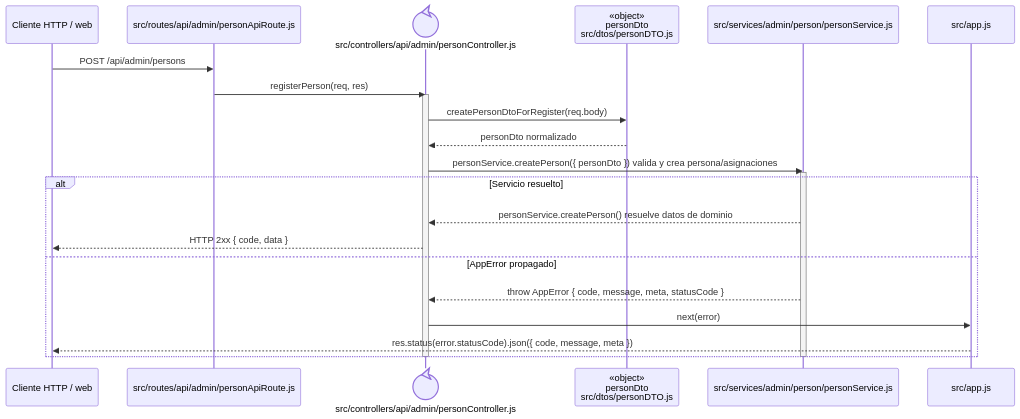
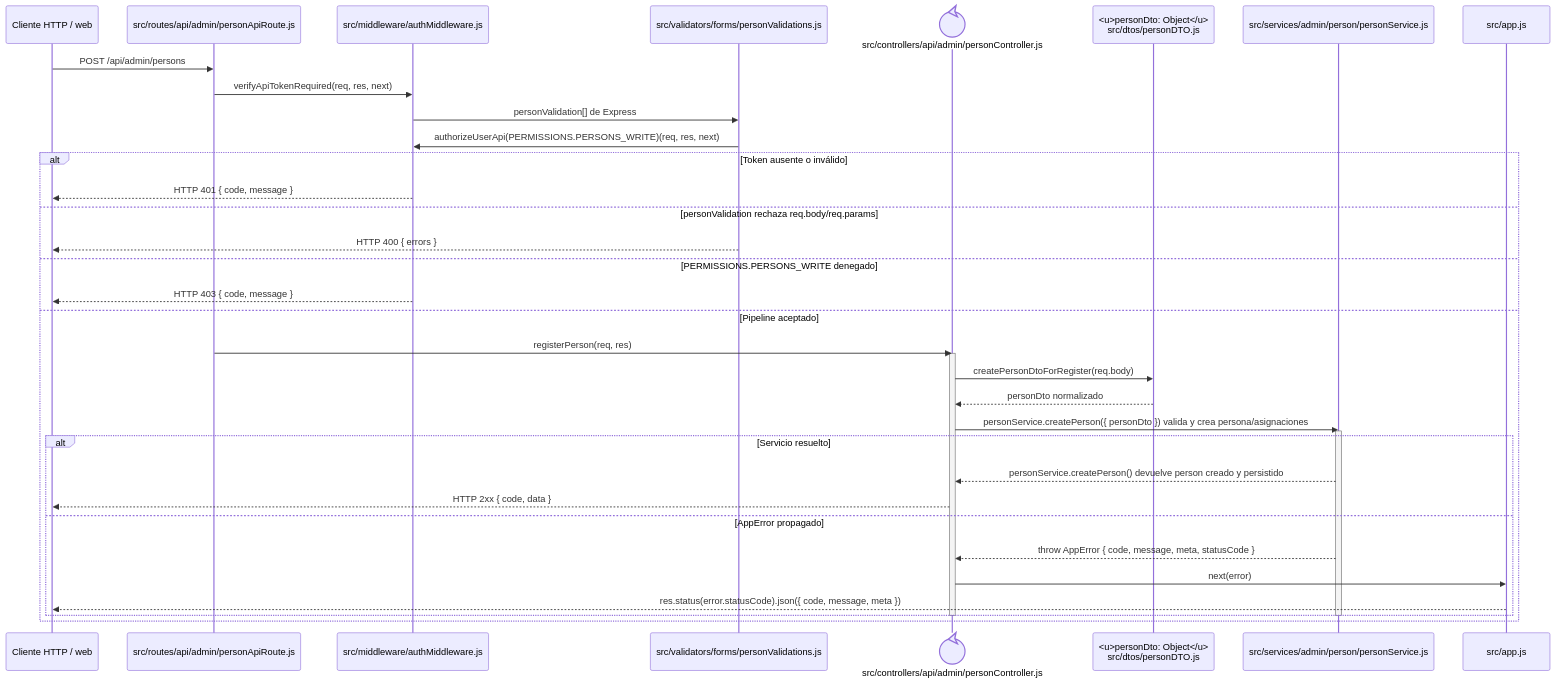
Before and after one commit to gpgsistemas01/nexus: the diagram in docs/architecture/backend-code-sequences/identity-access/cu-ida-02.md, drawn with Mermaid. The commit also changed other lines of this file and 102 other files, not shown here.

````diff
--- a/docs/architecture/backend-code-sequences/identity-access/cu-ida-02.md
+++ b/docs/architecture/backend-code-sequences/identity-access/cu-ida-02.md
@@ -6,27 +6,40 @@
 ```mermaid
 sequenceDiagram
     participant Client as Cliente HTTP / web
     participant Route as src/routes/api/admin/personApiRoute.js
+    participant Auth as src/middleware/authMiddleware.js
+    participant Validator as src/validators/forms/personValidations.js
     participant Controller@{ "type": "control" } as src/controllers/api/admin/personController.js
-    participant PersonDto as «object»<br/>personDto<br/>src/dtos/personDTO.js
+    participant PersonDto as <u>personDto: Object</u><br/>src/dtos/personDTO.js
     participant Domain as src/services/admin/person/personService.js
     participant ErrorHandler as src/app.js
 
     Client->>Route: POST /api/admin/persons
-    Route->>Controller: registerPerson(req, res)
-    activate Controller
-    Controller->>PersonDto: createPersonDtoForRegister(req.body)
-    PersonDto-->>Controller: personDto normalizado
-    Controller->>Domain: personService.createPerson({ personDto }) valida y crea persona/asignaciones
-    activate Domain
-    alt Servicio resuelto
-        Domain-->>Controller: personService.createPerson() resuelve datos de dominio
-        Controller-->>Client: HTTP 2xx { code, data }
-    else AppError propagado
-        Domain-->>Controller: throw AppError { code, message, meta, statusCode }
-        Controller->>ErrorHandler: next(error)
-        ErrorHandler-->>Client: res.status(error.statusCode).json({ code, message, meta })
+    Route->>Auth: verifyApiTokenRequired(req, res, next)
+    Auth->>Validator: personValidation[] de Express
+    Validator->>Auth: authorizeUserApi(PERMISSIONS.PERSONS_WRITE)(req, res, next)
+    alt Token ausente o inválido
+        Auth-->>Client: HTTP 401 { code, message }
+    else personValidation rechaza req.body/req.params
+        Validator-->>Client: HTTP 400 { errors }
+    else PERMISSIONS.PERSONS_WRITE denegado
+        Auth-->>Client: HTTP 403 { code, message }
+    else Pipeline aceptado
+        Route->>Controller: registerPerson(req, res)
+        activate Controller
+        Controller->>PersonDto: createPersonDtoForRegister(req.body)
+        PersonDto-->>Controller: personDto normalizado
+        Controller->>Domain: personService.createPerson({ personDto }) valida y crea persona/asignaciones
+        activate Domain
+        alt Servicio resuelto
+            Domain-->>Controller: personService.createPerson() devuelve person creado y persistido
+            Controller-->>Client: HTTP 2xx { code, data }
+        else AppError propagado
+            Domain-->>Controller: throw AppError { code, message, meta, statusCode }
+            Controller->>ErrorHandler: next(error)
+            ErrorHandler-->>Client: res.status(error.statusCode).json({ code, message, meta })
+        end
+        deactivate Domain
+        deactivate Controller
     end
-    deactivate Domain
-    deactivate Controller
 ```
````
